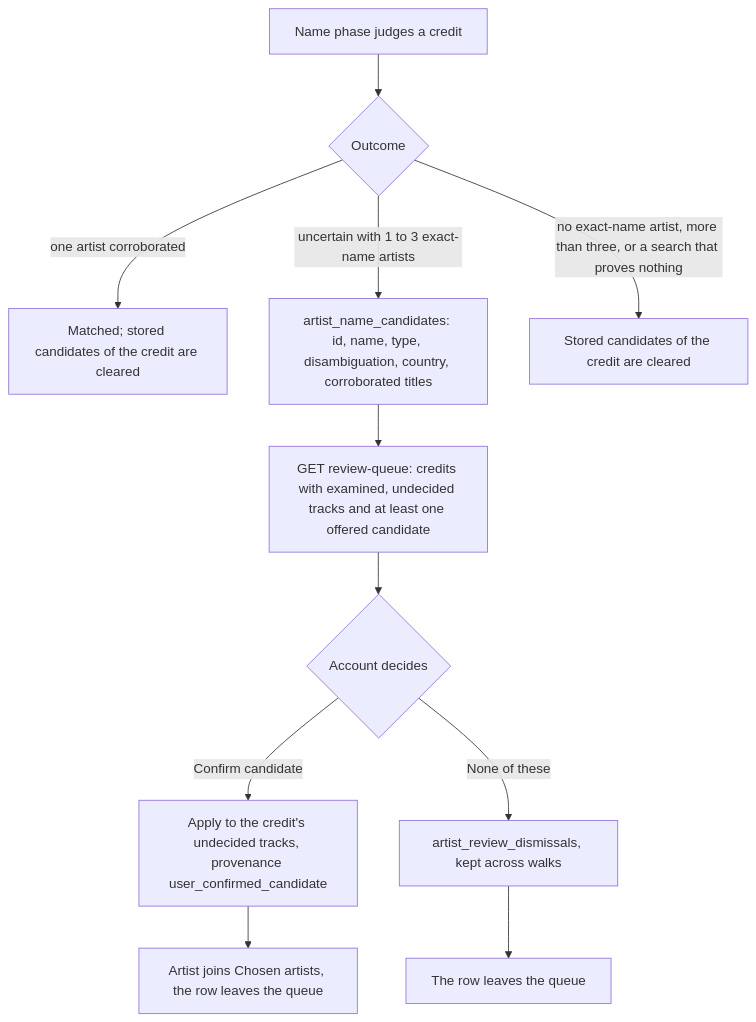
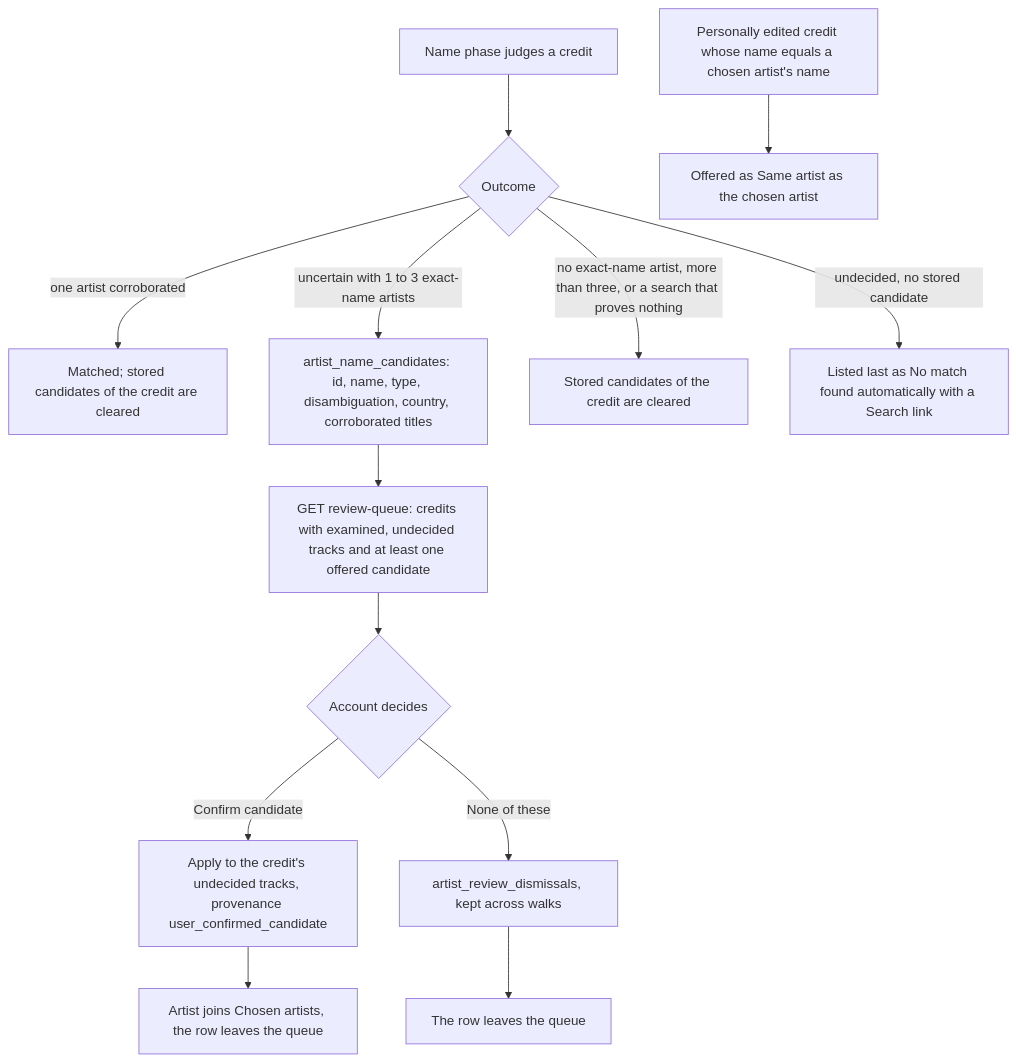
Before and after one commit to acidiney/hitoapp: the sixth of 6 diagrams in docs/artist-matching.md, drawn with Mermaid. The commit also changed other lines of this file and 2 other files, not shown here.

Commit message:
Document credits without candidates, the Same artist as offer and the deployed migrations through 0081

````diff
--- a/docs/artist-matching.md
+++ b/docs/artist-matching.md
@@ -269,13 +269,15 @@
 ```mermaid
 flowchart TD
     Walk[Name phase judges a credit] --> Outcome{Outcome}
     Outcome -->|one artist corroborated| Match[Matched; stored candidates of the credit are cleared]
     Outcome -->|uncertain with 1 to 3 exact-name artists| Keep[artist_name_candidates: id, name, type, disambiguation, country, corroborated titles]
     Outcome -->|no exact-name artist, more than three, or a search that proves nothing| Clear[Stored candidates of the credit are cleared]
     Keep --> Read[GET review-queue: credits with examined, undecided tracks and at least one offered candidate]
+    Outcome -->|undecided, no stored candidate| Search[Listed last as No match found automatically with a Search link]
+    Edited[Personally edited credit whose name equals a chosen artist's name] --> Same[Offered as Same artist as the chosen artist]
     Read --> Choice{Account decides}
     Choice -->|Confirm candidate| Apply[Apply to the credit's undecided tracks, provenance user_confirmed_candidate]
     Choice -->|None of these| Dismiss[artist_review_dismissals, kept across walks]
     Apply --> Chosen[Artist joins Chosen artists, the row leaves the queue]
     Dismiss --> Gone[The row leaves the queue]
 ```
````
